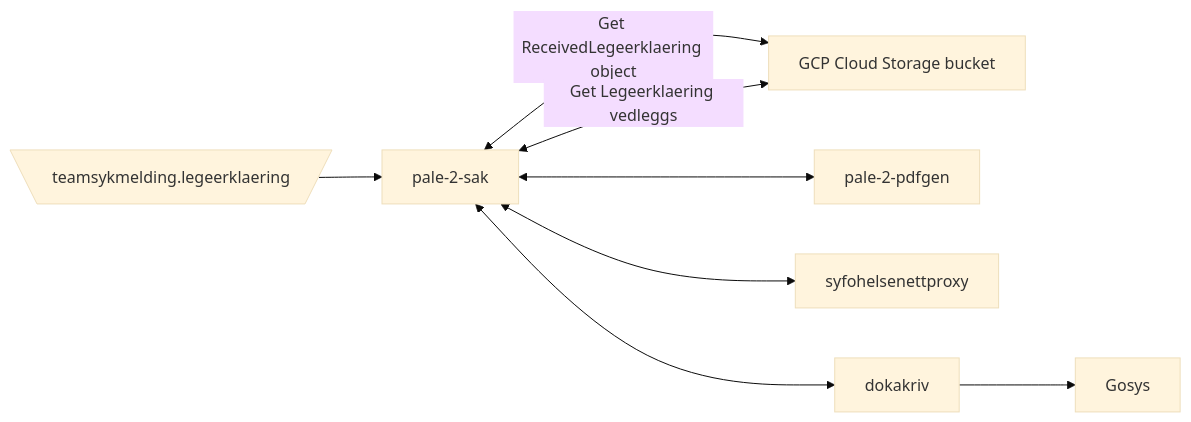
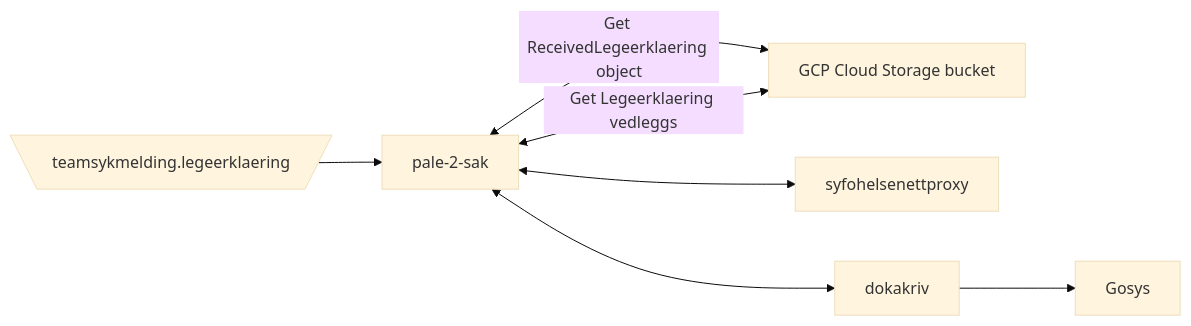
One commit to navikt/pale-2-sak changed the diagram in README.md. Above: the diagram before and after it, drawn with Mermaid (base theme).

Commit message:
chore: remove connection to pale-2-pdfgen in README
Removed the connection from pale-2-sak to pale-2-pdfgen.

````diff
--- a/README.md
+++ b/README.md
@@ -24,11 +24,10 @@
 ```mermaid
   flowchart LR
         
       A[\teamsykmelding.legeerklaering/] --> pale-2-sak
       pale-2-sak <--> |Get ReceivedLegeerklaering object| B[GCP Cloud Storage bucket]
       pale-2-sak <--> |Get Legeerklaering vedleggs| B[GCP Cloud Storage bucket]
-      pale-2-sak <--> pale-2-pdfgen
       pale-2-sak <--> syfohelsenettproxy
       pale-2-sak <--> dokakriv
       dokakriv --> Gosys;
 ```
````
